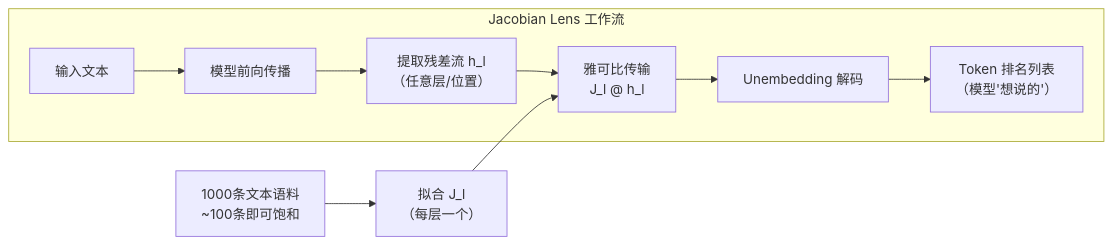
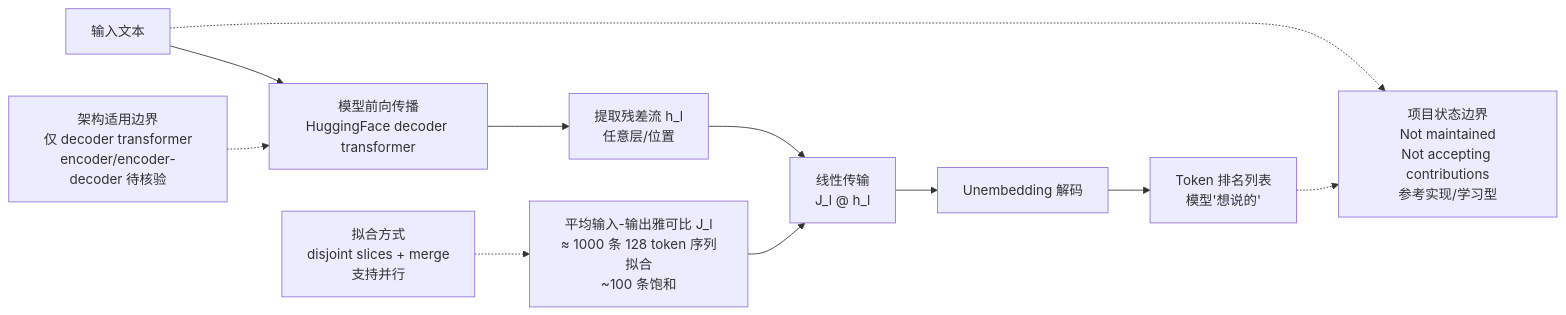
Before and after one commit to aiutil/github-researcher: the diagram in projects/jacobian-lens.md, drawn with Mermaid. The commit also changed other lines of this file and 939 other files, not shown here.

Commit message:
feat: add architect briefs and Mermaid project maps

````diff
--- a/projects/jacobian-lens.md
+++ b/projects/jacobian-lens.md
@@ -60,13 +73,15 @@
 ```mermaid
-graph LR
-    subgraph "Jacobian Lens 工作流"
-        A["输入文本"] --> B["模型前向传播"]
-        B --> C["提取残差流 h_l<br/>（任意层/位置）"]
-        C --> D["雅可比传输<br/>J_l @ h_l"]
-        D --> E["Unembedding 解码"]
-        E --> F["Token 排名列表<br/>（模型'想说的'）"]
-    end
-    
-    G["1000条文本语料<br/>~100条即可饱和"] --> H["拟合 J_l<br/>（每层一个）"]
-    H --> D
+flowchart LR
+    A["输入文本"] --> B["模型前向传播<br/>HuggingFace decoder transformer"]
+    B --> C["提取残差流 h_l<br/>任意层/位置"]
+    D["平均输入-输出雅可比 J_l<br/>≈ 1000 条 128 token 序列拟合<br/>~100 条饱和"]
+    C --> E["线性传输<br/>J_l @ h_l"]
+    D --> E
+    E --> F["Unembedding 解码"]
+    F --> G["Token 排名列表<br/>模型'想说的'"]
+    H["项目状态边界<br/>Not maintained<br/>Not accepting contributions<br/>参考实现/学习型"]
+    A -.-> H
+    G -.-> H
+    I["架构适用边界<br/>仅 decoder transformer<br/>encoder/encoder-decoder 待核验"] -.-> B
+    J["拟合方式<br/>disjoint slices + merge<br/>支持并行"] -.-> D
 ```
````
